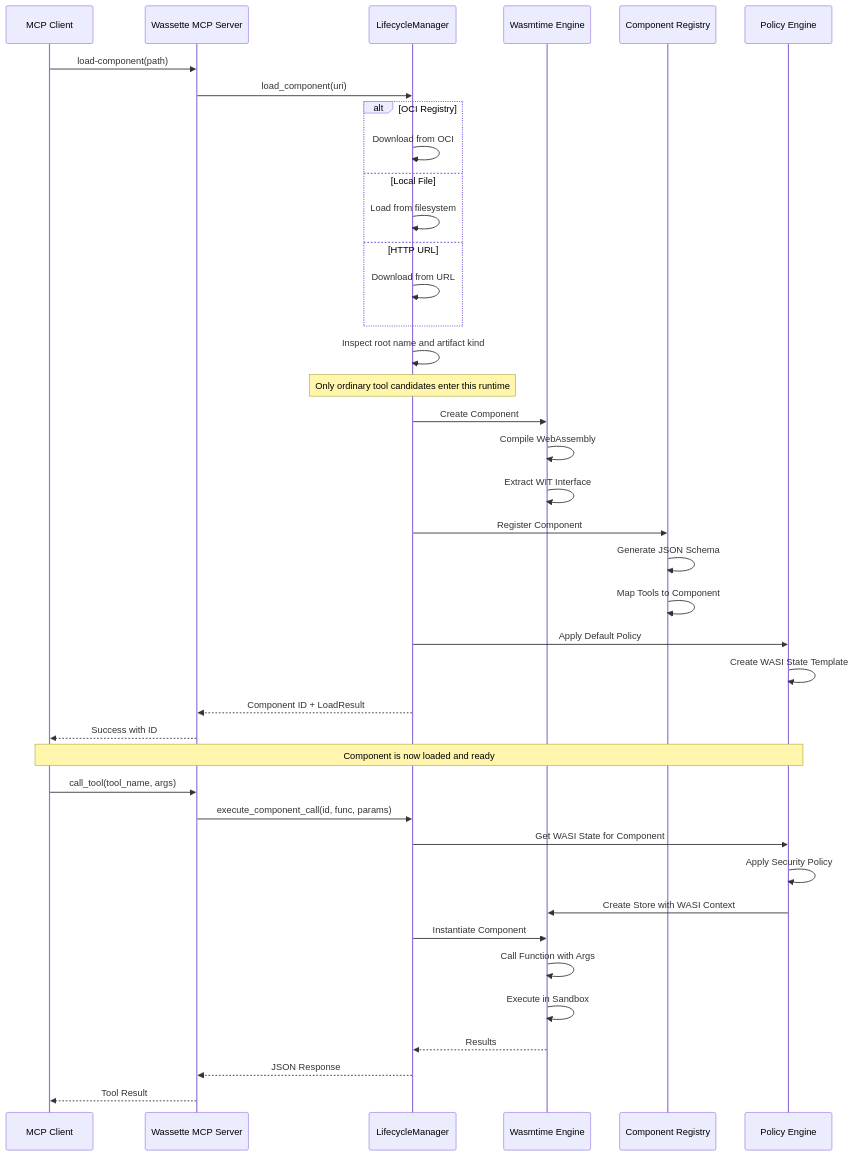
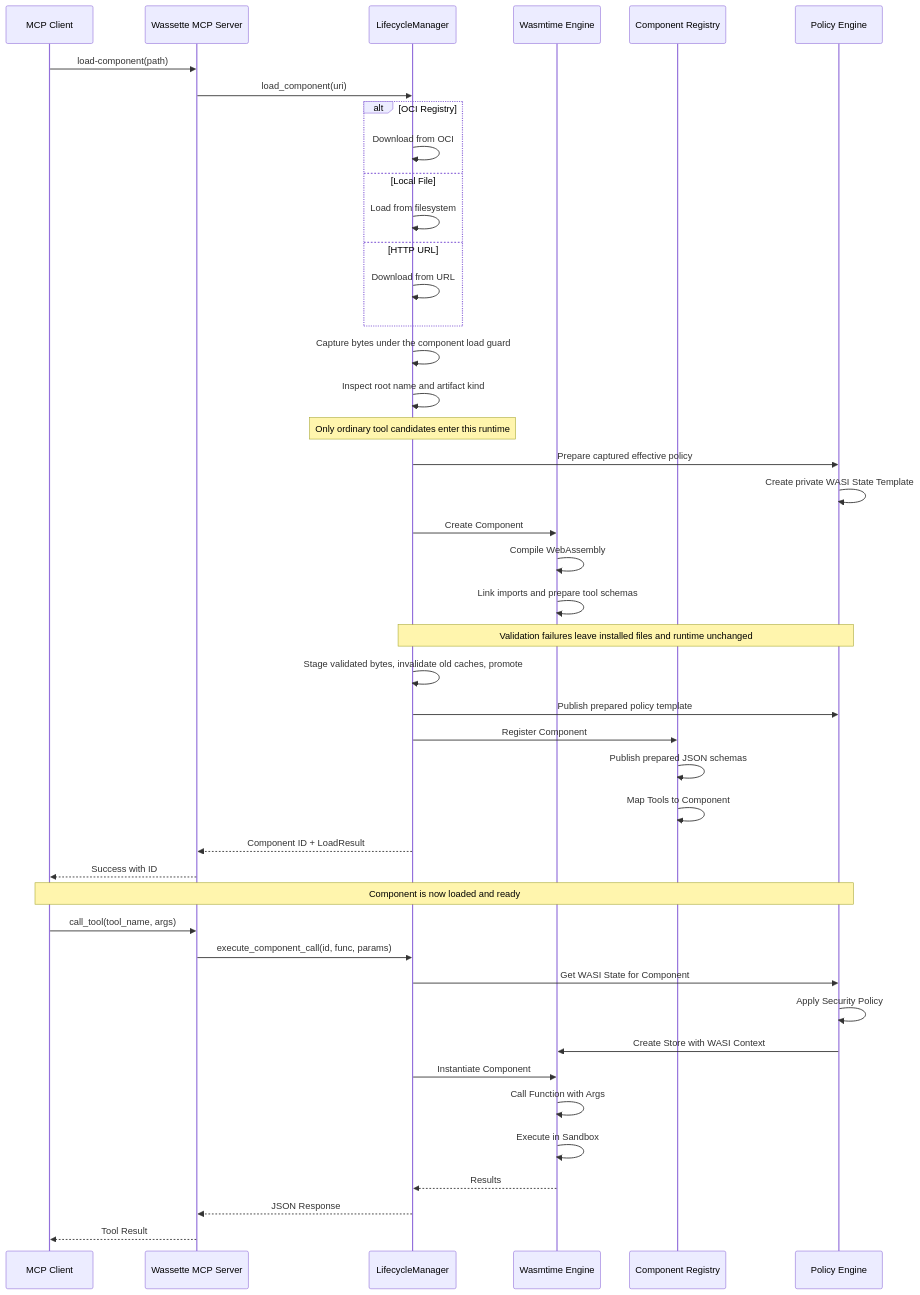
One commit to microsoft/wassette changed the diagram in docs/design/architecture.md. Above: the diagram before and after it, drawn with Mermaid. The commit also changed other lines of this file and 6 other files, not shown here.

Commit message:
Preserve installed components when replacement validation fails

````diff
--- a/docs/design/architecture.md
+++ b/docs/design/architecture.md
@@ -1,53 +1,56 @@
 ```mermaid
 sequenceDiagram
     participant Client as MCP Client
     participant Server as Wassette MCP Server
     participant LM as LifecycleManager
     participant Engine as Wasmtime Engine
     participant Registry as Component Registry
     participant Policy as Policy Engine
     
     Client->>Server: load-component(path)
     Server->>LM: load_component(uri)
     
     alt OCI Registry
         LM->>LM: Download from OCI
     else Local File
         LM->>LM: Load from filesystem
     else HTTP URL
         LM->>LM: Download from URL
     end
     
+    LM->>LM: Capture bytes under the component load guard
     LM->>LM: Inspect root name and artifact kind
     Note over LM: Only ordinary tool candidates enter this runtime
+    LM->>Policy: Prepare captured effective policy
+    Policy->>Policy: Create private WASI State Template
     LM->>Engine: Create Component
     Engine->>Engine: Compile WebAssembly
-    Engine->>Engine: Extract WIT Interface
+    Engine->>Engine: Link imports and prepare tool schemas
+    Note over LM,Policy: Validation failures leave installed files and runtime unchanged
+    LM->>LM: Stage validated bytes, invalidate old caches, promote
+    LM->>Policy: Publish prepared policy template
     
     LM->>Registry: Register Component
-    Registry->>Registry: Generate JSON Schema
+    Registry->>Registry: Publish prepared JSON schemas
     Registry->>Registry: Map Tools to Component
-    
-    LM->>Policy: Apply Default Policy
-    Policy->>Policy: Create WASI State Template
     
     LM-->>Server: Component ID + LoadResult
     Server-->>Client: Success with ID
     
     Note over Client,Policy: Component is now loaded and ready
     
     Client->>Server: call_tool(tool_name, args)
     Server->>LM: execute_component_call(id, func, params)
     
     LM->>Policy: Get WASI State for Component
     Policy->>Policy: Apply Security Policy
     Policy->>Engine: Create Store with WASI Context
     
     LM->>Engine: Instantiate Component
     Engine->>Engine: Call Function with Args
     Engine->>Engine: Execute in Sandbox
     
     Engine-->>LM: Results
     LM-->>Server: JSON Response
     Server-->>Client: Tool Result
 ```
````
